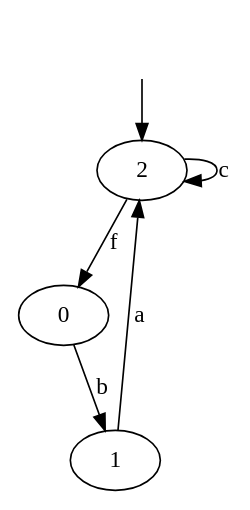
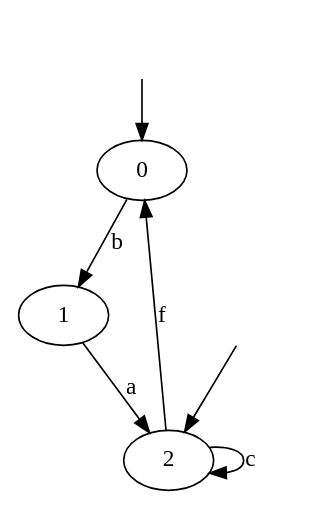
Before and after one commit to RaffestinR/OpTaf: the diagram in out/artifacts/OpTaf/S2.dot, drawn with Graphviz. The commit also changed 9 other files, not shown here.

```diff
--- a/out/artifacts/OpTaf/S2.dot
+++ b/out/artifacts/OpTaf/S2.dot
@@ -1,8 +1,10 @@
 digraph system {
+_0[label="", shape=none ];
+_0->0;
 _2[label="", shape=none ];
 _2->2;
 0->1 [label= "b"];
 1->2 [label= "a"];
 2->0 [label= "f"];
 2->2 [label= "c"];
 }
```
